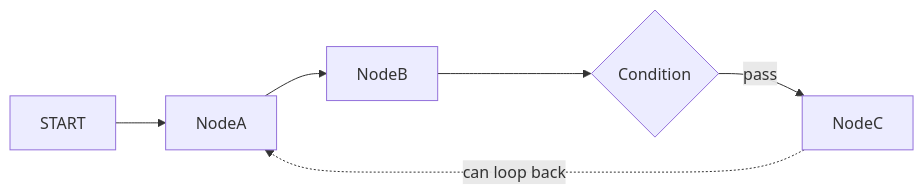
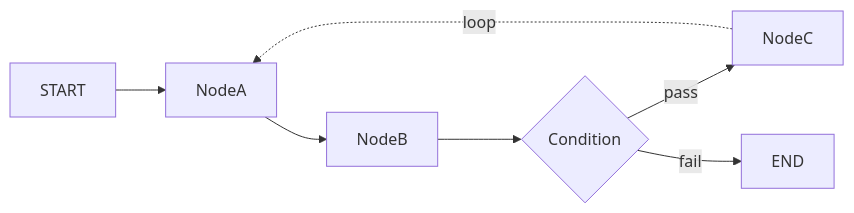
One commit to Timwood0x10/ARES changed the first of 2 diagrams in docs/framework-comparison-langchain-crewai-agentscope-goagent-zh.md. Above: the diagram before and after it, drawn with Mermaid. The commit also changed other lines of this file and 9 other files, not shown here.

````diff
--- a/docs/framework-comparison-langchain-crewai-agentscope-goagent-zh.md
+++ b/docs/framework-comparison-langchain-crewai-agentscope-goagent-zh.md
@@ -53,8 +84,9 @@
 ```mermaid
 flowchart LR
-    START --> NodeA[NodeA]
-    NodeA --> NodeB[NodeB]
+    START --> NodeA
+    NodeA --> NodeB
     NodeB --> Condition{Condition}
-    Condition -- pass --> NodeC[NodeC]
-    NodeC -.->|can loop back| NodeA
+    Condition -->|pass| NodeC
+    Condition -->|fail| END
+    NodeC -.->|loop| NodeA
 ```
````
